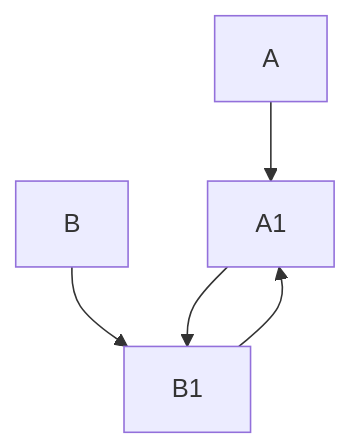
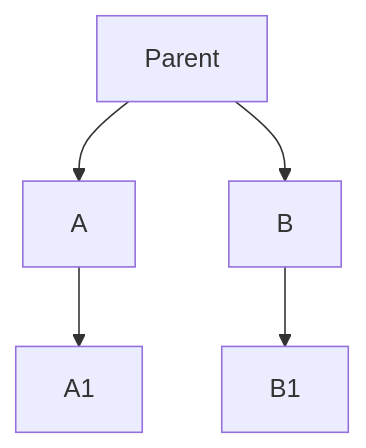
Before and after one commit to idododu/duzhihui.me: the fourth of 5 diagrams in front-end/react-summary.md, drawn with Mermaid. The commit also changed other lines of this file, not shown here.

```diff
--- a/front-end/react-summary.md
+++ b/front-end/react-summary.md
@@ -183,7 +282,7 @@
 <div class="mermaid">
 graph TD;
+    Parent-->A;
+    Parent-->B;
     A-->A1;
     B-->B1;
-    A1-->B1;
-    B1-->A1;
 </div>
```
